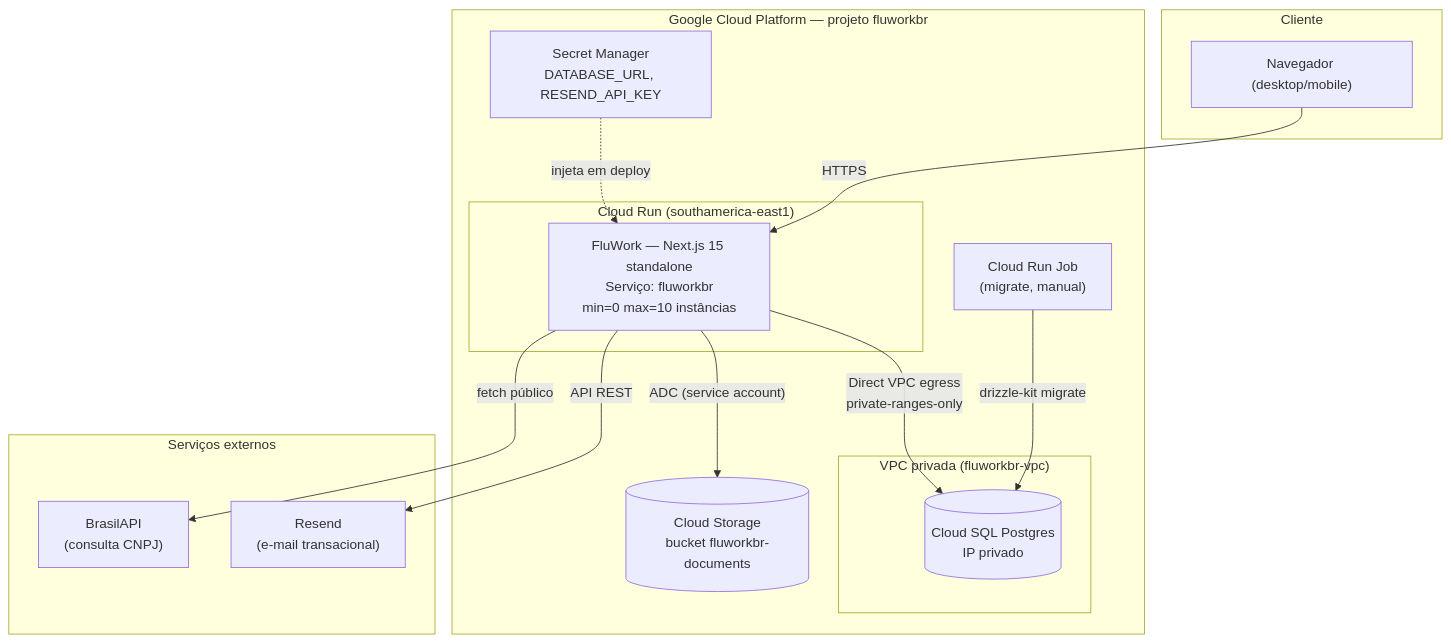
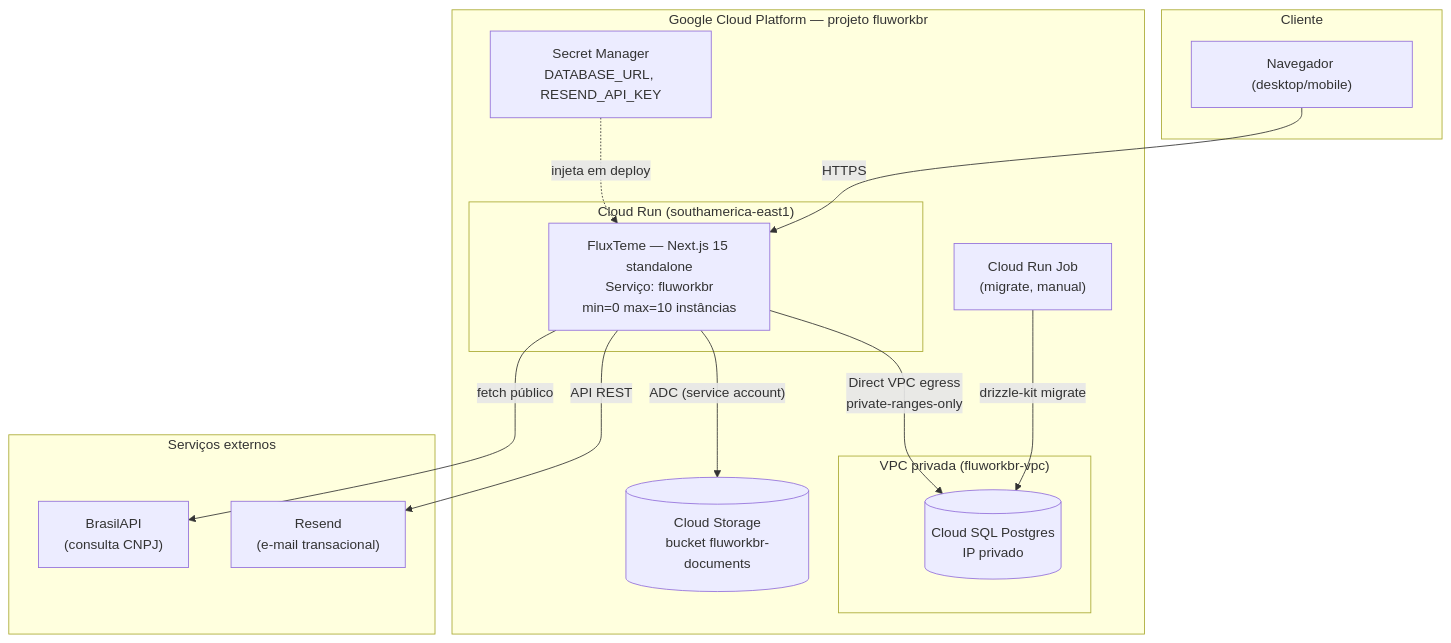
One commit to simpleqiaoficial-ux/fluwork.br changed the first of 11 diagrams in docs/ARQUITETURA.md. Above: the diagram before and after it, drawn with Mermaid. The commit also changed other lines of this file and 42 other files, not shown here.

First line of the commit message:
rebrand: migra identidade visual FluWork -> FluxTeme

````diff
--- a/docs/ARQUITETURA.md
+++ b/docs/ARQUITETURA.md
@@ -61,31 +61,31 @@
 ```mermaid
 graph TB
     subgraph "Cliente"
         Browser["Navegador (desktop/mobile)"]
     end
 
     subgraph "Google Cloud Platform — projeto fluworkbr"
         subgraph "Cloud Run (southamerica-east1)"
-            App["FluWork — Next.js 15 standalone\nServiço: fluworkbr\nmin=0 max=10 instâncias"]
+            App["FluxTeme — Next.js 15 standalone\nServiço: fluworkbr\nmin=0 max=10 instâncias"]
         end
         subgraph "VPC privada (fluworkbr-vpc)"
             SQL[("Cloud SQL Postgres\nIP privado")]
         end
         GCS[("Cloud Storage\nbucket fluworkbr-documents")]
         SecretMgr["Secret Manager\nDATABASE_URL, RESEND_API_KEY"]
         MigrateJob["Cloud Run Job\n(migrate, manual)"]
     end
 
     subgraph "Serviços externos"
         Resend["Resend\n(e-mail transacional)"]
         BrasilAPI["BrasilAPI\n(consulta CNPJ)"]
     end
 
     Browser -- HTTPS --> App
     App -- "Direct VPC egress\nprivate-ranges-only" --> SQL
     App -- "ADC (service account)" --> GCS
     App -- "API REST" --> Resend
     App -- "fetch público" --> BrasilAPI
     SecretMgr -. "injeta em deploy" .-> App
     MigrateJob -- "drizzle-kit migrate" --> SQL
 ```
````
